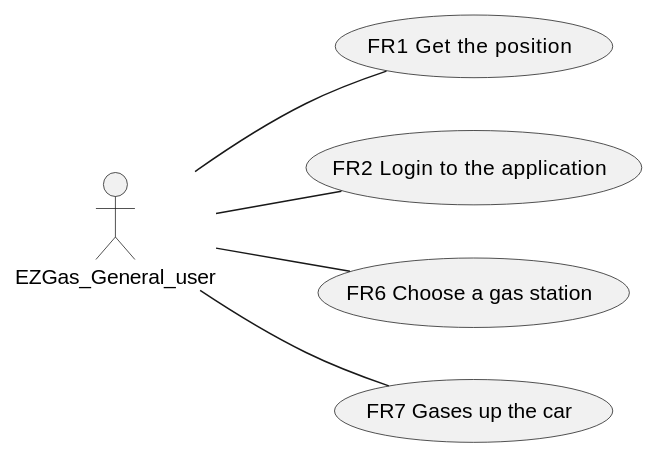
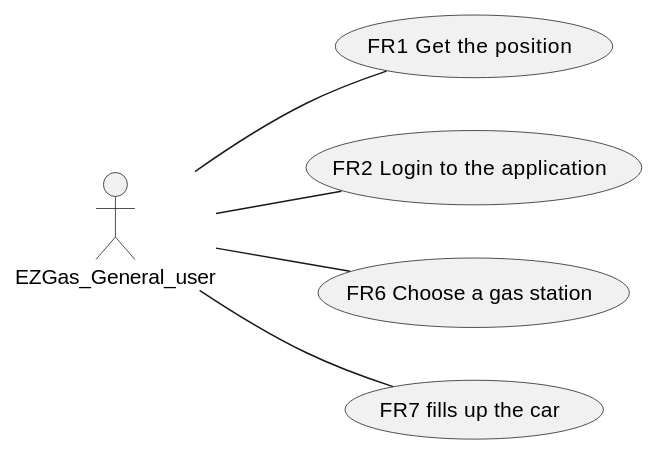
The second of 4 diagrams in REQ_s269901.md (SoftengPoliTo/Lab2), drawn with PlantUML before and after one commit. The commit also changed other lines of this file, not shown here.

````diff
--- a/REQ_s269901.md
+++ b/REQ_s269901.md
@@ -105,8 +104,8 @@
 ```plantuml
 left to right direction
 actor EZGas_General_user as a
 a -- (FR1  Get the position)
 a -- (FR2 Login to the application)
 a -- (FR6 Choose a gas station)
-a -- (FR7 Gases up the car)
+a -- (FR7 fills up the car)
 ```
````
